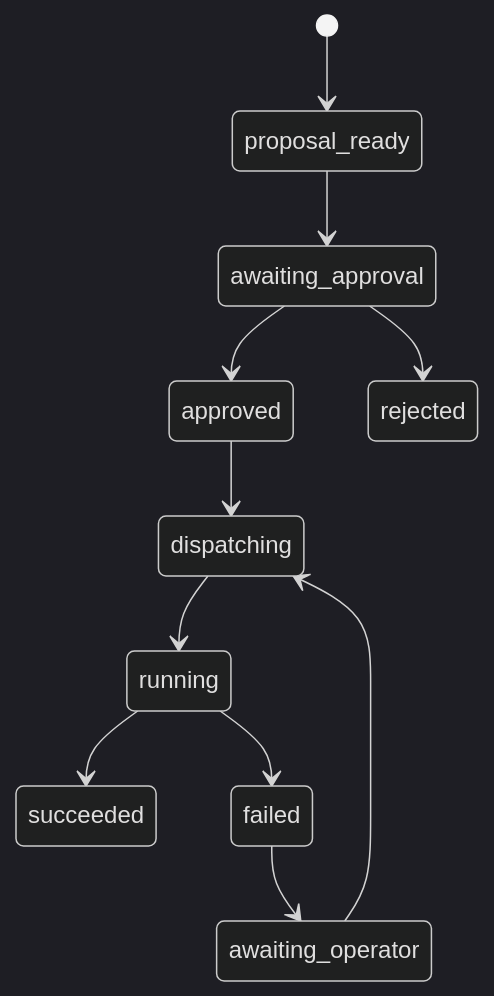
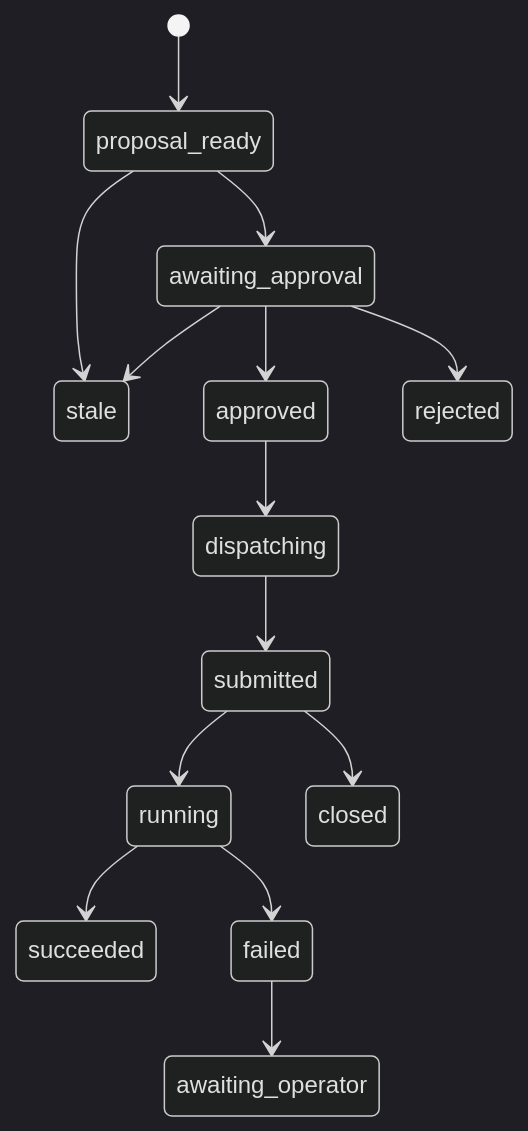
Before and after one commit to redhat-openshift-partner-labs/aura: the second of 2 diagrams in docs/plans/06-phase-3-approved-execution.md, drawn with Mermaid (dark theme). The commit also changed other lines of this file and 8 other files, not shown here.

````diff
--- a/docs/plans/06-phase-3-approved-execution.md
+++ b/docs/plans/06-phase-3-approved-execution.md
@@ -96,13 +134,16 @@
 ```mermaid
 stateDiagram-v2
   [*] --> proposal_ready
   proposal_ready --> awaiting_approval
+  proposal_ready --> stale
   awaiting_approval --> approved
   awaiting_approval --> rejected
+  awaiting_approval --> stale
   approved --> dispatching
-  dispatching --> running
+  dispatching --> submitted
+  submitted --> running
+  submitted --> closed
   running --> succeeded
   running --> failed
   failed --> awaiting_operator
-  awaiting_operator --> dispatching
 ```
````
